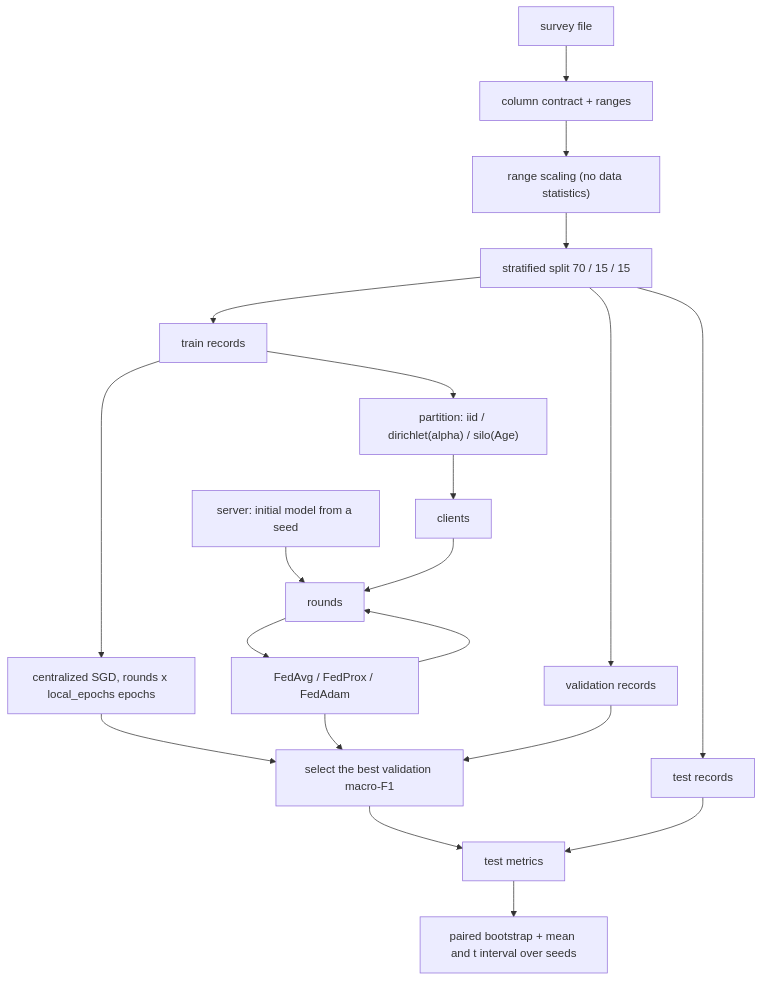
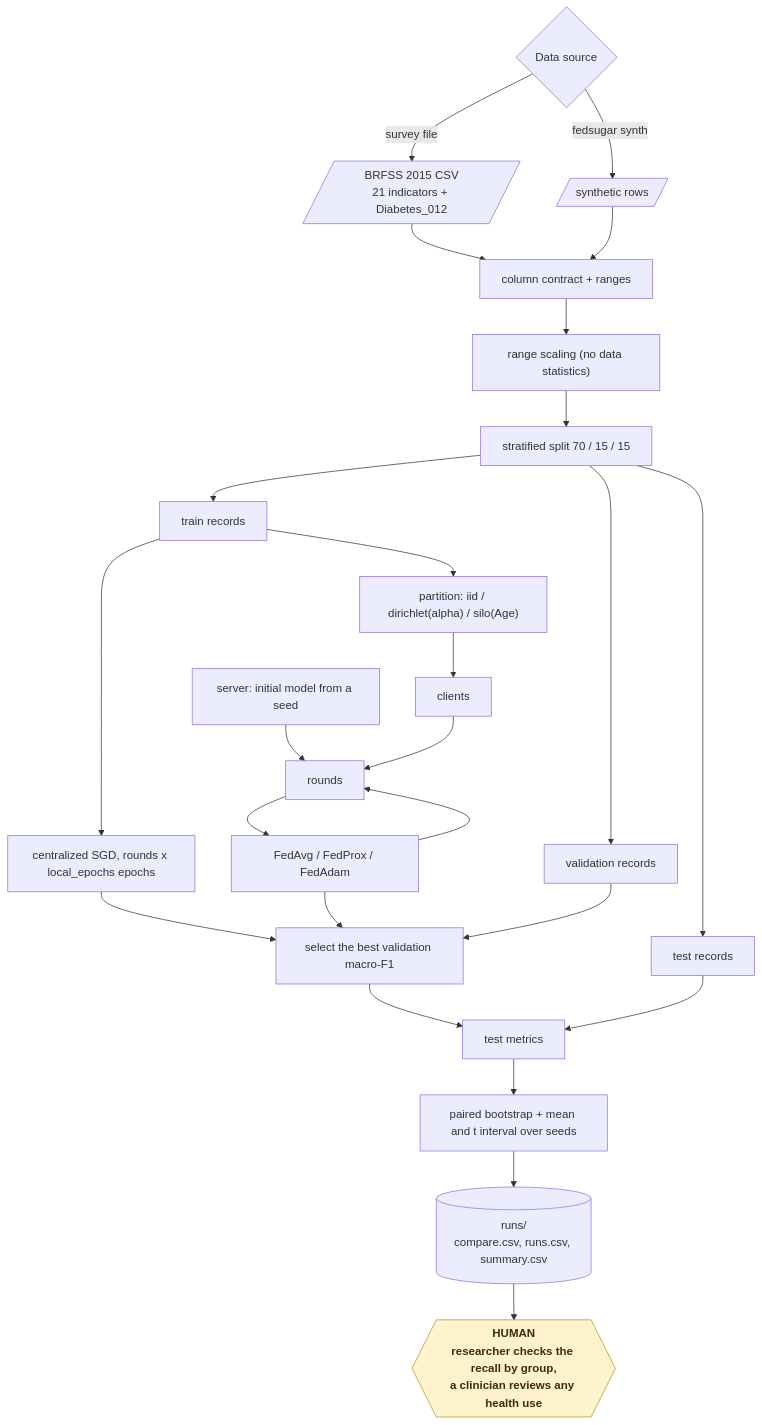
Before and after one commit to KrishnaAnnavaram/fedsugar: the fifth of 18 diagrams in README.md, drawn with Mermaid. The commit also changed other lines of this file, not shown here.

Commit message:
Add the workflow diagrams to the README

````diff
--- a/README.md
+++ b/README.md
@@ -202,22 +260,30 @@
 ```mermaid
-flowchart TB
-    F["survey file"] --> V["column contract + ranges"]
+flowchart TD
+    SRC{"Data source"} -- "survey file" --> F[/"BRFSS 2015 CSV<br/>21 indicators + Diabetes_012"/]
+    SRC -- "fedsugar synth" --> SY[/"synthetic rows"/]
+    F --> V["column contract + ranges"]
+    SY --> V
     V --> SC["range scaling (no data statistics)"]
     SC --> SP["stratified split 70 / 15 / 15"]
     SP --> TR["train records"]
     SP --> VA["validation records"]
     SP --> TE["test records"]
     TR --> CEN["centralized SGD, rounds x local_epochs epochs"]
     TR --> PAR["partition: iid / dirichlet(alpha) / silo(Age)"]
     PAR --> CL["clients"]
     INIT["server: initial model from a seed"] --> RND["rounds"]
     CL --> RND
     RND --> AGG["FedAvg / FedProx / FedAdam"]
     AGG --> RND
     CEN --> SEL["select the best validation macro-F1"]
     AGG --> SEL
     VA --> SEL
     SEL --> EVAL["test metrics"]
     TE --> EVAL
     EVAL --> CMP["paired bootstrap + mean and t interval over seeds"]
+    CMP --> OUT[("runs/<br/>compare.csv, runs.csv, summary.csv")]
+    OUT --> HUMAN{{"HUMAN<br/>researcher checks the recall by group,<br/>a clinician reviews any health use"}}
+
+    classDef human fill:#fff3cd,stroke:#b8901f,color:#3d2f00,font-weight:bold
+    class HUMAN human
 ```
````
